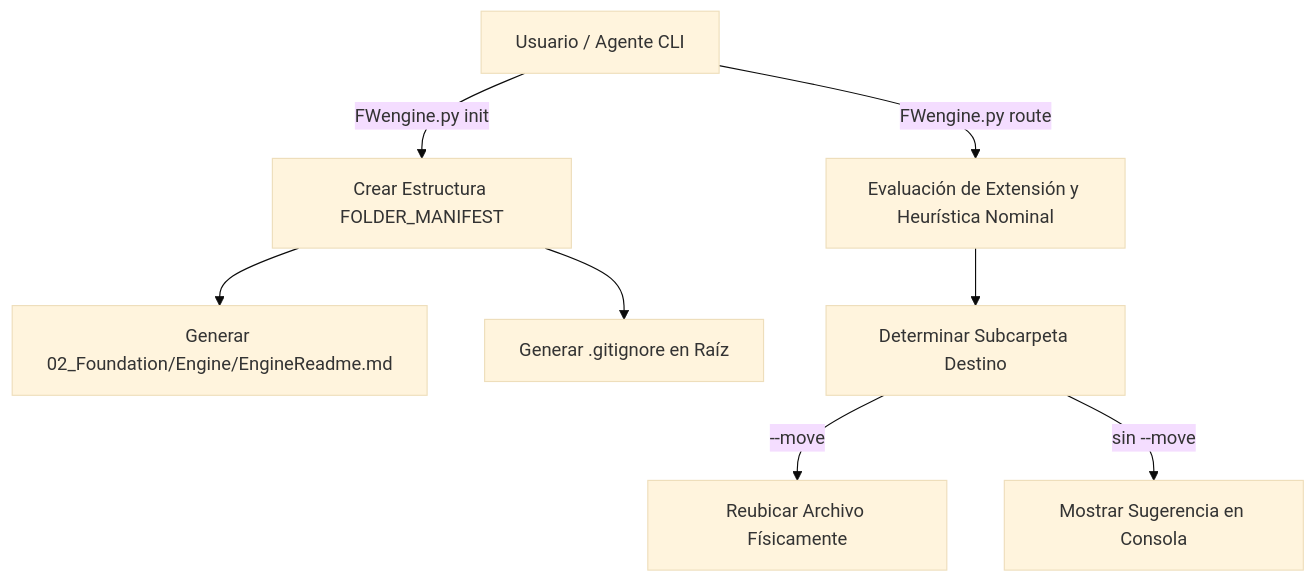
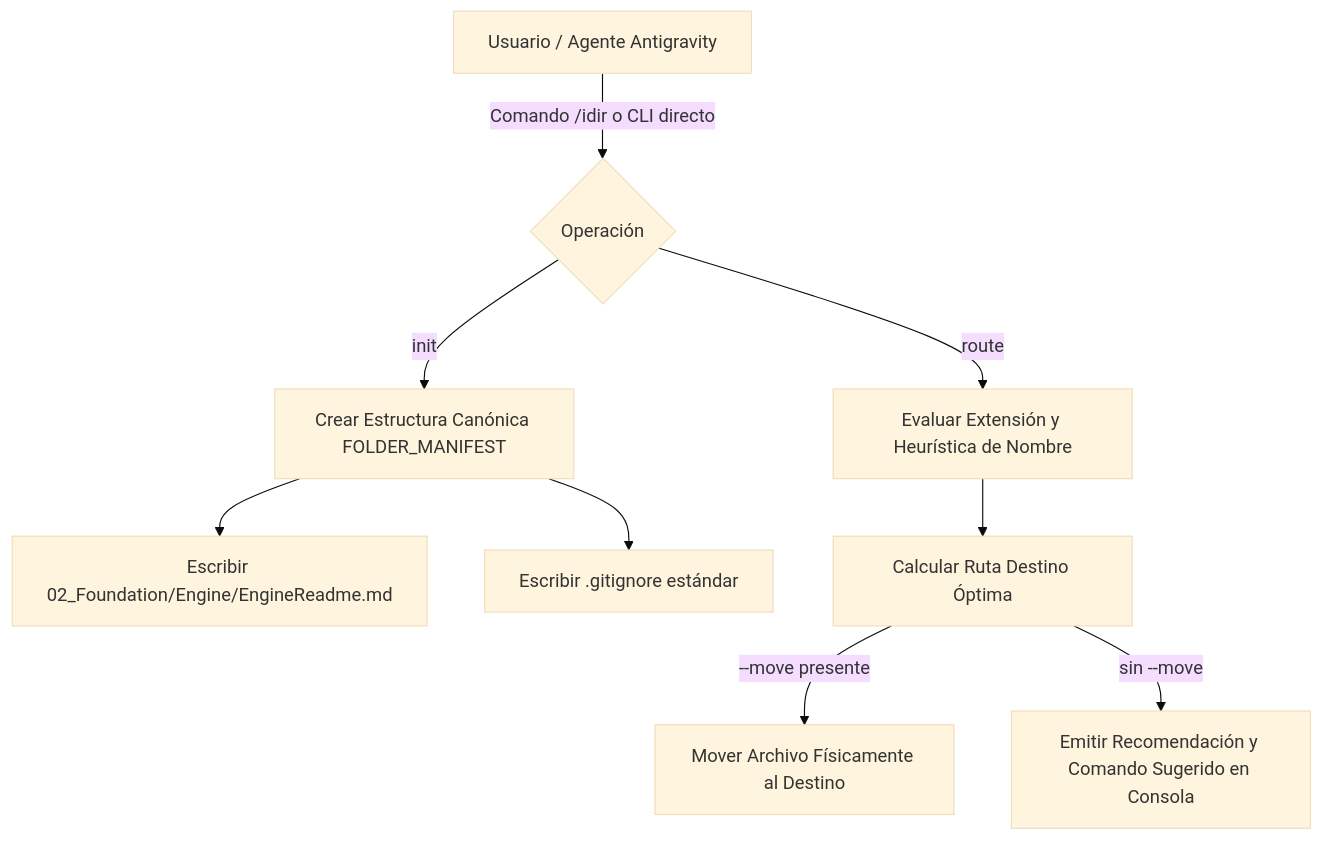
One commit to AlvaroAlejandroFinOps/iDirectory changed the diagram in 001_Seed/seed-idirectory-master.md. Above: the diagram before and after it, drawn with Mermaid (base theme). The commit also changed other lines of this file and 5 other files, not shown here.

````diff
--- a/001_Seed/seed-idirectory-master.md
+++ b/001_Seed/seed-idirectory-master.md
@@ -102,10 +117,11 @@
 ```mermaid
 graph TD
-    A[Usuario / Agente CLI] -->|FWengine.py init| B[Crear Estructura FOLDER_MANIFEST]
-    B --> C[Generar 02_Foundation/Engine/EngineReadme.md]
-    B --> D[Generar .gitignore en Raíz]
-    A -->|FWengine.py route <file>| E[Evaluación de Extensión y Heurística Nominal]
-    E --> F[Determinar Subcarpeta Destino]
-    F -->|--move| G[Reubicar Archivo Físicamente]
-    F -->|sin --move| H[Mostrar Sugerencia en Consola]
+    A[Usuario / Agente Antigravity] -->|Comando /idir o CLI directo| B{Operación}
+    B -->|init| C[Crear Estructura Canónica FOLDER_MANIFEST]
+    C --> D[Escribir 02_Foundation/Engine/EngineReadme.md]
+    C --> E[Escribir .gitignore estándar]
+    B -->|route <archivo>| F[Evaluar Extensión y Heurística de Nombre]
+    F --> G[Calcular Ruta Destino Óptima]
+    G -->|--move presente| H[Mover Archivo Físicamente al Destino]
+    G -->|sin --move| I[Emitir Recomendación y Comando Sugerido en Consola]
 ```
````
